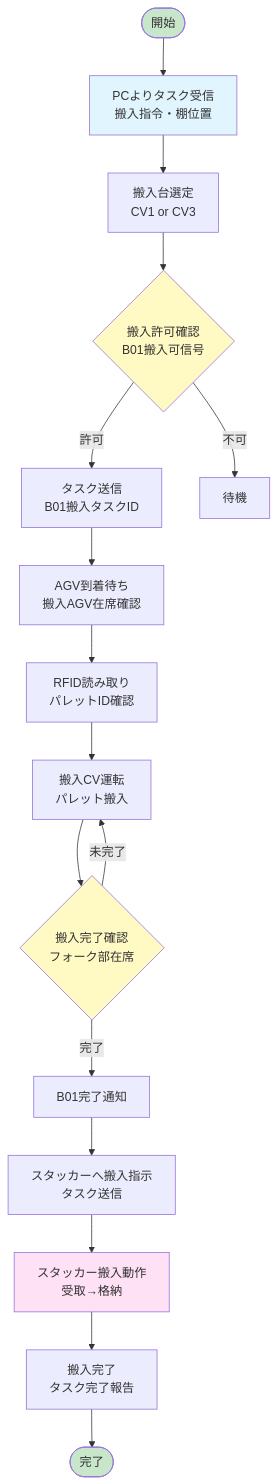
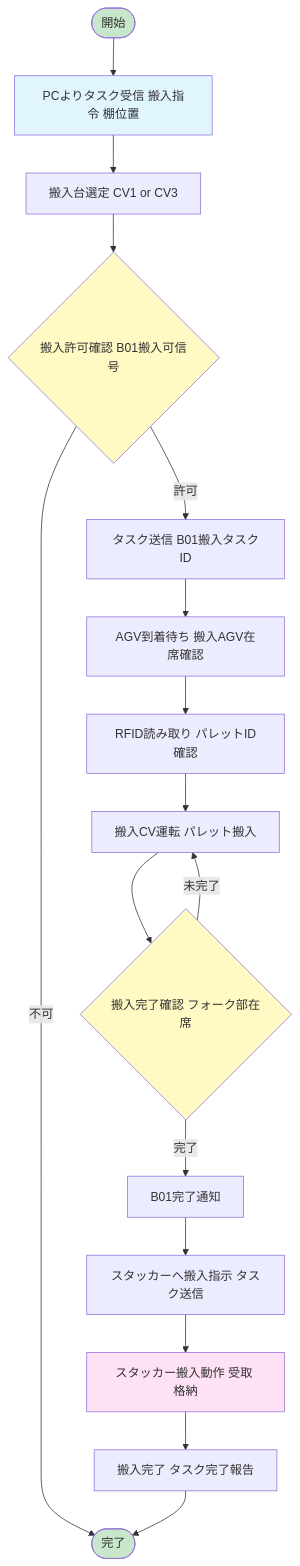
One commit to iceplantengineering/YTEC_NewLadder changed the fourth of 12 diagrams in 0304/システムフローチャート.md. Above: the diagram before and after it, drawn with Mermaid. The commit also changed other lines of this file, not shown here.

First line of the commit message:
Fix Mermaid diagrams for GitHub compatibility

````diff
--- a/0304/システムフローチャート.md
+++ b/0304/システムフローチャート.md
@@ -139,27 +112,27 @@
 ```mermaid
 flowchart TB
-    START([開始]) --> RECV_TASK[PCよりタスク受信<br/>搬入指令・棚位置]
-    RECV_TASK --> SEL_CONV[搬入台選定<br/>CV1 or CV3]
-    SEL_CONV --> CHECK_PERM{搬入許可確認<br/>B01搬入可信号}
-    CHECK_PERM -->|許可| SEND_TASK[タスク送信<br/>B01搬入タスクID]
-    CHECK_PERM -->|不可| WAIT1[待機]
+    START([開始]) --> RECV_TASK[PCよりタスク受信 搬入指令 棚位置]
+    RECV_TASK --> SEL_CONV[搬入台選定 CV1 or CV3]
+    SEL_CONV --> CHECK_PERM{搬入許可確認 B01搬入可信号}
+    CHECK_PERM -->|許可| SEND_TASK[タスク送信 B01搬入タスクID]
+    CHECK_PERM -->|不可| END([完了])
 
-    SEND_TASK --> WAIT_AGV[AGV到着待ち<br/>搬入AGV在席確認]
-    WAIT_AGV --> READ_RFID[RFID読み取り<br/>パレットID確認]
-    READ_RFID --> RUN_CV[搬入CV運転<br/>パレット搬入]
-    RUN_CV --> CHECK_PAL{搬入完了確認<br/>フォーク部在席}
+    SEND_TASK --> WAIT_AGV[AGV到着待ち 搬入AGV在席確認]
+    WAIT_AGV --> READ_RFID[RFID読み取り パレットID確認]
+    READ_RFID --> RUN_CV[搬入CV運転 パレット搬入]
+    RUN_CV --> CHECK_PAL{搬入完了確認 フォーク部在席}
     CHECK_PAL -->|完了| NOTIFY_A01[B01完了通知]
     CHECK_PAL -->|未完了| RUN_CV
 
-    NOTIFY_A01 --> CMD_STK[スタッカーへ搬入指示<br/>タスク送信]
-    CMD_STK --> STK_ACTION[スタッカー搬入動作<br/>受取→格納]
-    STK_ACTION --> COMPLETE[搬入完了<br/>タスク完了報告]
-    COMPLETE --> END([完了])
+    NOTIFY_A01 --> CMD_STK[スタッカーへ搬入指示 タスク送信]
+    CMD_STK --> STK_ACTION[スタッカー搬入動作 受取 格納]
+    STK_ACTION --> COMPLETE[搬入完了 タスク完了報告]
+    COMPLETE --> END
 
     style START fill:#c8e6c9
     style END fill:#c8e6c9
     style RECV_TASK fill:#e1f5fe
     style STK_ACTION fill:#ffe1f5
     style CHECK_PERM fill:#fff9c4
     style CHECK_PAL fill:#fff9c4
 ```
````
